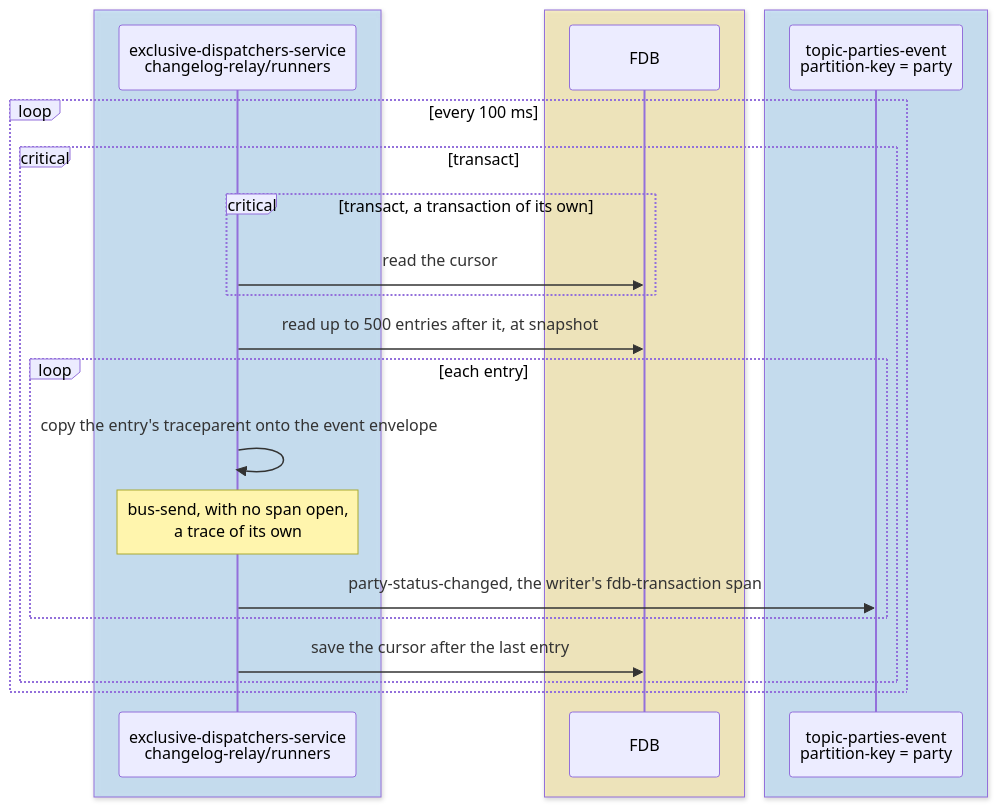
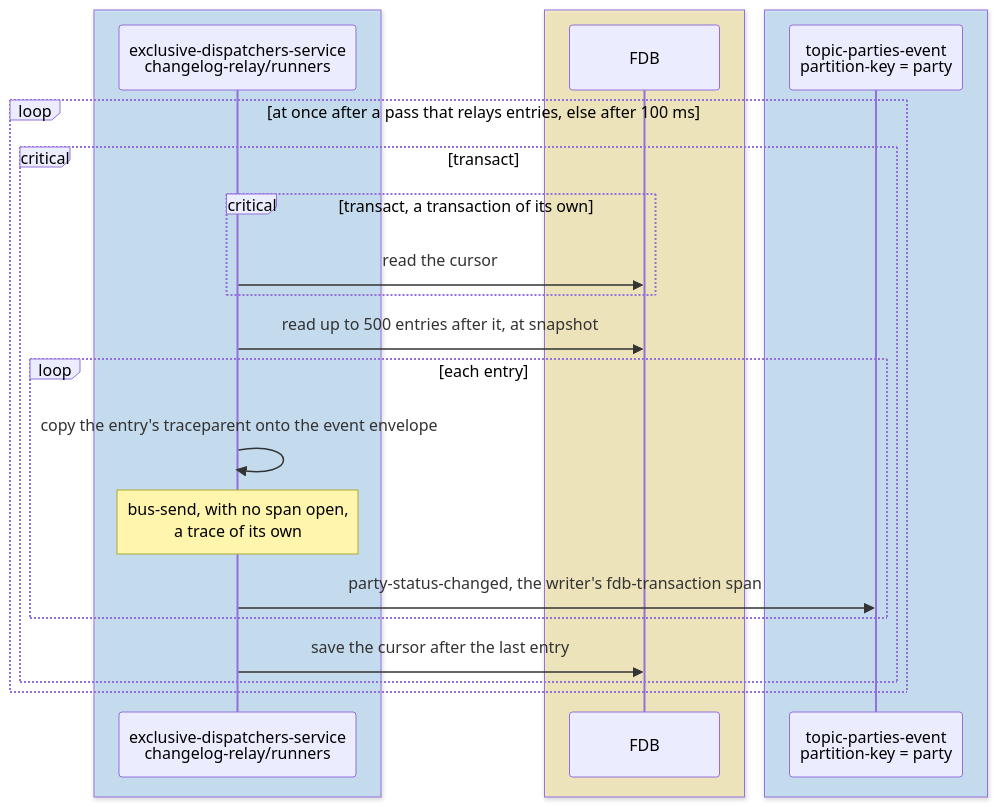
One commit to repldriven/queenswood changed the third of 5 diagrams in docs/tdd/traceability.md. Above: the diagram before and after it, drawn with Mermaid. The commit also changed 21 other files, not shown here.

First line of the commit message:
Onboard a party in two-thirds the time: party and identity consumers with sixteen performers, Zyphe's commands by verification, relays that read again at once, and a poller woken by a save (#844)

````diff
--- a/docs/tdd/traceability.md
+++ b/docs/tdd/traceability.md
@@ -210,26 +210,26 @@
 ```mermaid
 sequenceDiagram
     box rgba(165, 216, 255, 0.45)
     participant R as exclusive-dispatchers-service<br/>changelog-relay/runners
     end
     box rgba(255, 236, 153, 0.5)
     participant DB as FDB
     end
     box rgba(165, 216, 255, 0.45)
     participant PE as topic-parties-event<br/>partition-key = party
     end
-    loop every 100 ms
+    loop at once after a pass that relays entries, else after 100 ms
     critical transact
     critical transact, a transaction of its own
     R->>DB: read the cursor
     end
     R->>DB: read up to 500 entries after it, at snapshot
     loop each entry
     R->>R: copy the entry's traceparent onto the event envelope
     Note over R: bus-send, with no span open,<br/>a trace of its own
     R->>PE: party-status-changed, the writer's fdb-transaction span
     end
     R->>DB: save the cursor after the last entry
     end
     end
 ```
````
